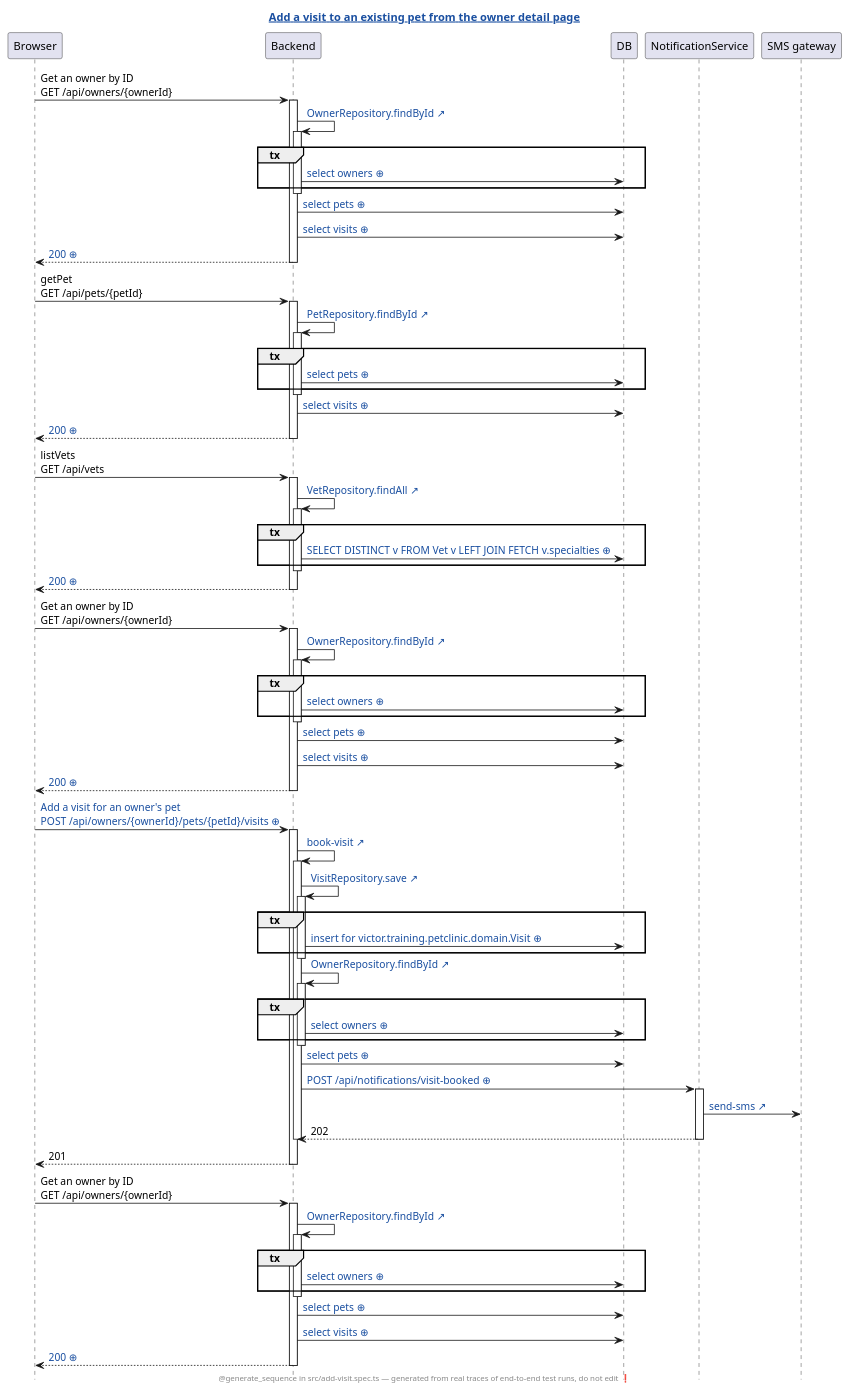
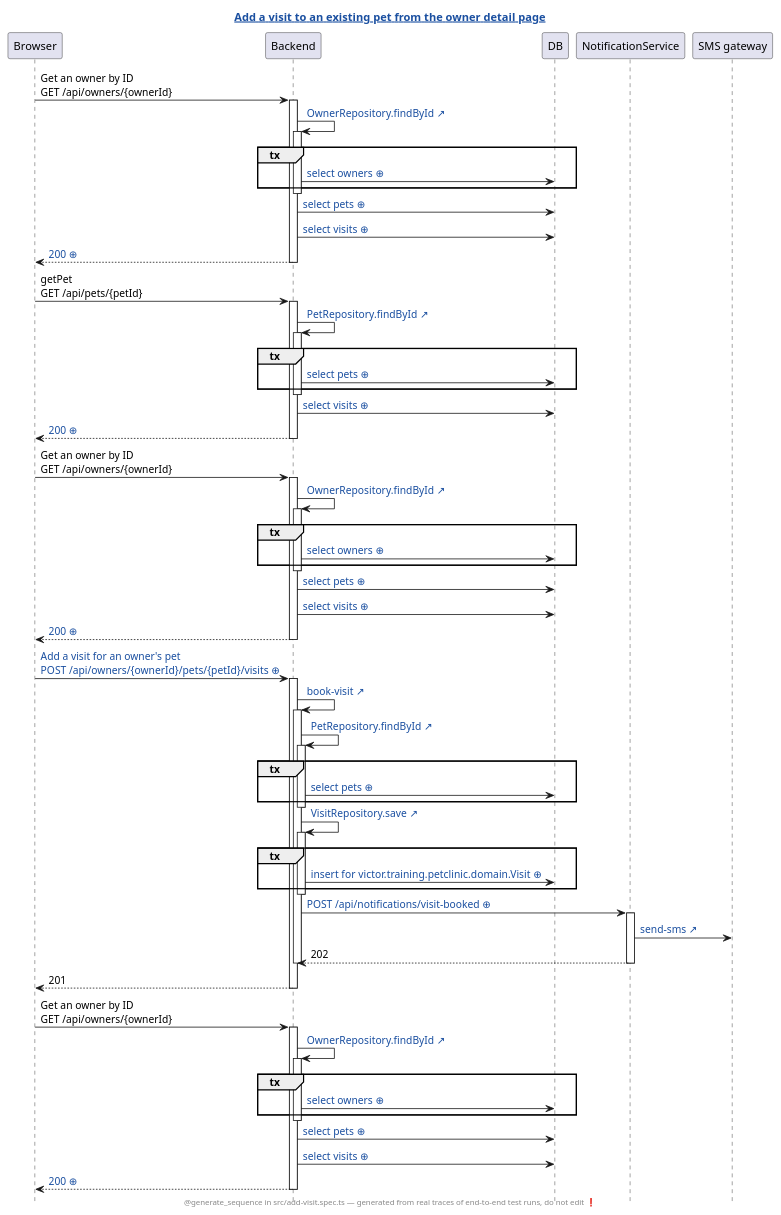
One commit to victorrentea/petclinic changed the diagram in petclinic-test/generated/add-visit.spec.ts.add-a-visit-to-an-existing-pet-from-the-owner-detail-page.genseq.puml. Above: the diagram before and after it, drawn with PlantUML. The commit also changed 59 other files, not shown here.

```diff
--- a/petclinic-test/generated/add-visit.spec.ts.add-a-visit-to-an-existing-pet-from-the-owner-detail-page.genseq.puml
+++ b/petclinic-test/generated/add-visit.spec.ts.add-a-visit-to-an-existing-pet-from-the-owner-detail-page.genseq.puml
@@ -1,95 +1,84 @@
 @startuml
 ' ⚠️  GENERATED FILE — DO NOT EDIT. Every edit is lost on the next run.
 hide footbox
 skinparam hyperlinkUnderline false
 skinparam hyperlinkColor #1A4FA0
-title [[src://petclinic-test/src/add-visit.spec.ts:34{Click to open the test} Add a visit to an existing pet from the owner detail page]]
+title [[src://petclinic-test/src/add-visit.spec.ts:31{Click to open the test} Add a visit to an existing pet from the owner detail page]]
 footer @generate_sequence in src/add-visit.spec.ts — generated from real traces of end-to-end test runs, do not edit ❗
 participant Browser
 participant Backend
 participant DB
 participant NotificationService
 participant "SMS gateway"
 Browser -> Backend: Get an owner by ID\nGET /api/owners/{ownerId}
 activate Backend
 Backend -> Backend: [[src://petclinic-backend/src/main/java/victor/training/petclinic/repository/OwnerRepository.java:14{Click to open OwnerRepository.findById} OwnerRepository.findById ↗]]
 activate Backend
 group tx
 Backend -> DB: [[genseq://0x8aana{Click for the statement behind this call} select owners ⊕]]
 end
 deactivate Backend
 Backend -> DB: [[genseq://18567ho{Click for the statement behind this call} select pets ⊕]]
-Backend -> DB: [[genseq://1eq1h2q{Click for the statement behind this call} select visits ⊕]]
-Backend --> Browser: [[genseq://0tvg3tn{Click for this call’s JSON body} 200 ⊕]]
+Backend -> DB: [[genseq://13apewa{Click for the statement behind this call} select visits ⊕]]
+Backend --> Browser: [[genseq://1kvauob{Click for this call’s JSON body} 200 ⊕]]
 deactivate Backend
 Browser -> Backend: getPet\nGET /api/pets/{petId}
 activate Backend
 Backend -> Backend: [[src://petclinic-backend/src/main/java/victor/training/petclinic/repository/PetRepository.java:16{Click to open PetRepository.findById} PetRepository.findById ↗]]
 activate Backend
 group tx
 Backend -> DB: [[genseq://0y7w2ps{Click for the statement behind this call} select pets ⊕]]
 end
 deactivate Backend
-Backend -> DB: [[genseq://1eq1h2q{Click for the statement behind this call} select visits ⊕]]
-Backend --> Browser: [[genseq://0ts0dcp{Click for this call’s JSON body} 200 ⊕]]
-deactivate Backend
-Browser -> Backend: listVets\nGET /api/vets
-activate Backend
-Backend -> Backend: [[src://petclinic-backend/src/main/java/victor/training/petclinic/repository/VetRepository.java:12{Click to open VetRepository.findAll} VetRepository.findAll ↗]]
-activate Backend
-group tx
-Backend -> DB: [[genseq://0p6yxbc{Click for the statement behind this call} SELECT DISTINCT v FROM Vet v LEFT JOIN FETCH v.specialties ⊕]]
-end
-deactivate Backend
-Backend --> Browser: [[genseq://1nmg2oo{Click for this call’s JSON body} 200 ⊕]]
+Backend -> DB: [[genseq://13apewa{Click for the statement behind this call} select visits ⊕]]
+Backend --> Browser: [[genseq://0f51kab{Click for this call’s JSON body} 200 ⊕]]
 deactivate Backend
 Browser -> Backend: Get an owner by ID\nGET /api/owners/{ownerId}
 activate Backend
 Backend -> Backend: [[src://petclinic-backend/src/main/java/victor/training/petclinic/repository/OwnerRepository.java:14{Click to open OwnerRepository.findById} OwnerRepository.findById ↗]]
 activate Backend
 group tx
 Backend -> DB: [[genseq://0x8aana{Click for the statement behind this call} select owners ⊕]]
 end
 deactivate Backend
 Backend -> DB: [[genseq://18567ho{Click for the statement behind this call} select pets ⊕]]
-Backend -> DB: [[genseq://1eq1h2q{Click for the statement behind this call} select visits ⊕]]
-Backend --> Browser: [[genseq://0tvg3tn{Click for this call’s JSON body} 200 ⊕]]
+Backend -> DB: [[genseq://13apewa{Click for the statement behind this call} select visits ⊕]]
+Backend --> Browser: [[genseq://1kvauob{Click for this call’s JSON body} 200 ⊕]]
 deactivate Backend
-Browser -> Backend: [[genseq://1qey6ns{Click for this call’s JSON body} Add a visit for an owner's pet\nPOST /api/owners/{ownerId}/pets/{petId}/visits ⊕]]
+Browser -> Backend: [[genseq://0ikez13{Click for this call’s JSON body} Add a visit for an owner's pet\nPOST /api/owners/{ownerId}/pets/{petId}/visits ⊕]]
 activate Backend
-Backend -> Backend: [[src://petclinic-backend/src/main/java/victor/training/petclinic/rest/OwnerRestController.java:191{Click to open OwnerRestController.bookVisit} book-visit ↗]]
+Backend -> Backend: [[src://petclinic-backend/src/main/java/victor/training/petclinic/rest/OwnerRestController.java:189{Click to open OwnerRestController.bookVisit} book-visit ↗]]
 activate Backend
+Backend -> Backend: [[src://petclinic-backend/src/main/java/victor/training/petclinic/repository/PetRepository.java:16{Click to open PetRepository.findById} PetRepository.findById ↗]]
+activate Backend
+group tx
+Backend -> DB: [[genseq://0y7w2ps{Click for the statement behind this call} select pets ⊕]]
+end
+deactivate Backend
 Backend -> Backend: [[src://petclinic-backend/src/main/java/victor/training/petclinic/repository/VisitRepository.java:14{Click to open VisitRepository.save} VisitRepository.save ↗]]
 activate Backend
 group tx
-Backend -> DB: [[genseq://0i6kn47{Click for the statement behind this call} insert for victor.training.petclinic.domain.Visit ⊕]]
+Backend -> DB: [[genseq://0ko5dse{Click for the statement behind this call} insert for victor.training.petclinic.domain.Visit ⊕]]
 end
 deactivate Backend
-Backend -> Backend: [[src://petclinic-backend/src/main/java/victor/training/petclinic/repository/OwnerRepository.java:14{Click to open OwnerRepository.findById} OwnerRepository.findById ↗]]
-activate Backend
-group tx
-Backend -> DB: [[genseq://0x8aana{Click for the statement behind this call} select owners ⊕]]
-end
-deactivate Backend
-Backend -> DB: [[genseq://18567ho{Click for the statement behind this call} select pets ⊕]]
-Backend -> NotificationService: [[genseq://1cfd0z0{Click for this call’s JSON body} POST /api/notifications/visit-booked ⊕]]
+Backend -> NotificationService: [[genseq://143ezko{Click for this call’s JSON body} POST /api/notifications/visit-booked ⊕]]
 activate NotificationService
 NotificationService -> "SMS gateway": [[src://notification-service/src/main/java/victor/training/notification/SmsGateway.java:23{Click to open SmsGateway.send} send-sms ↗]]
 NotificationService --> Backend: 202
 deactivate NotificationService
 deactivate Backend
 Backend --> Browser: 201
 deactivate Backend
 Browser -> Backend: Get an owner by ID\nGET /api/owners/{ownerId}
 activate Backend
 Backend -> Backend: [[src://petclinic-backend/src/main/java/victor/training/petclinic/repository/OwnerRepository.java:14{Click to open OwnerRepository.findById} OwnerRepository.findById ↗]]
 activate Backend
 group tx
 Backend -> DB: [[genseq://0x8aana{Click for the statement behind this call} select owners ⊕]]
 end
 deactivate Backend
 Backend -> DB: [[genseq://18567ho{Click for the statement behind this call} select pets ⊕]]
-Backend -> DB: [[genseq://1eq1h2q{Click for the statement behind this call} select visits ⊕]]
-Backend --> Browser: [[genseq://02yixe9{Click for this call’s JSON body} 200 ⊕]]
+Backend -> DB: [[genseq://13apewa{Click for the statement behind this call} select visits ⊕]]
+Backend --> Browser: [[genseq://19m3aru{Click for this call’s JSON body} 200 ⊕]]
 deactivate Backend
 @enduml
```
